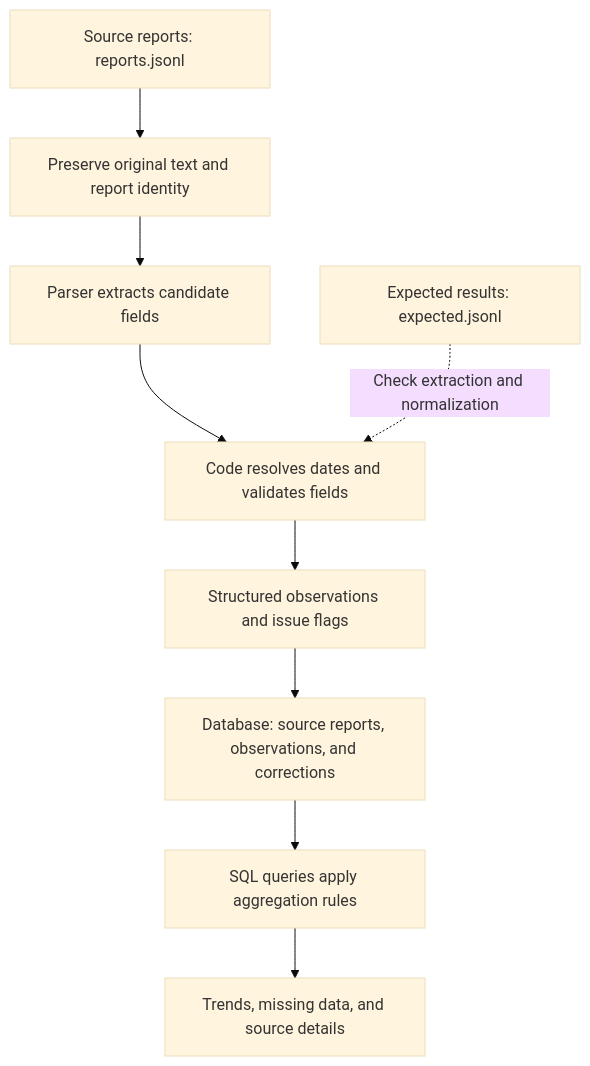
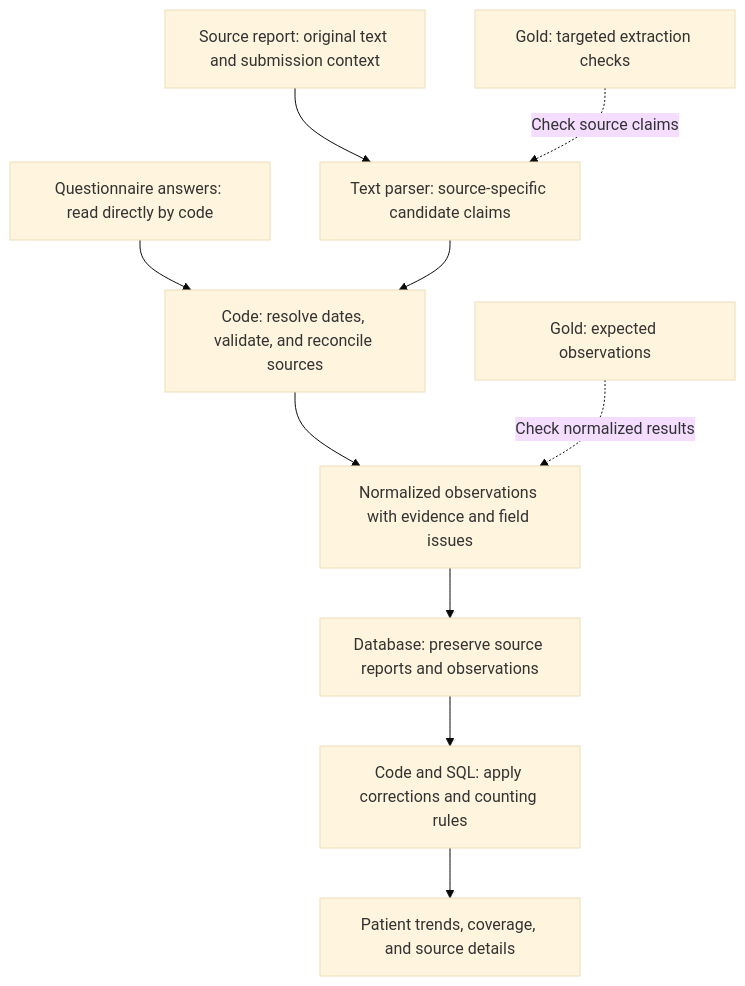
The diagram in docs/design.md (buyifei11/Patient-Reported-Data-Store-Manage-Chart), drawn with Mermaid (base theme) before and after one commit. The commit also changed other lines of this file and 3 other files, not shown here.

````diff
--- a/docs/design.md
+++ b/docs/design.md
@@ -19,11 +26,12 @@
 ```mermaid
 flowchart TD
-    A["Source reports: reports.jsonl"] --> B["Preserve original text and report identity"]
-    B --> C["Parser extracts candidate fields"]
-    C --> D["Code resolves dates and validates fields"]
-    D --> E["Structured observations and issue flags"]
-    E --> F["Database: source reports, observations, and corrections"]
-    F --> G["SQL queries apply aggregation rules"]
-    G --> H["Trends, missing data, and source details"]
-    T["Expected results: expected.jsonl"] -. "Check extraction and normalization" .-> D
+    A["Source report: original text and submission context"] --> B["Text parser: source-specific candidate claims"]
+    Q["Questionnaire answers: read directly by code"] --> C["Code: resolve dates, validate, and reconcile sources"]
+    B --> C
+    C --> D["Normalized observations with evidence and field issues"]
+    D --> E["Database: preserve source reports and observations"]
+    E --> F["Code and SQL: apply corrections and counting rules"]
+    F --> G["Patient trends, coverage, and source details"]
+    T["Gold: targeted extraction checks"] -. "Check source claims" .-> B
+    U["Gold: expected observations"] -. "Check normalized results" .-> D
 ```
````
